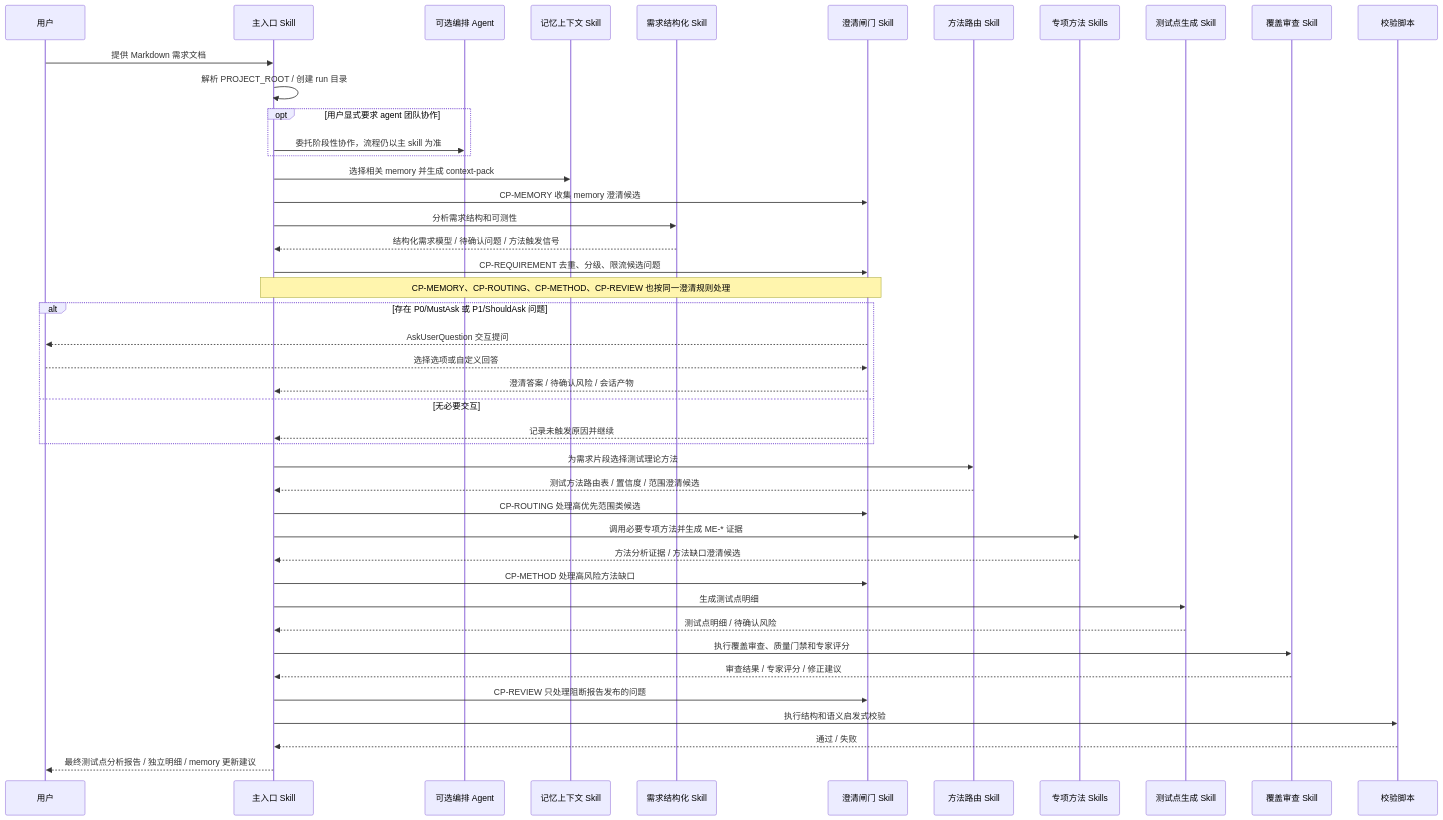
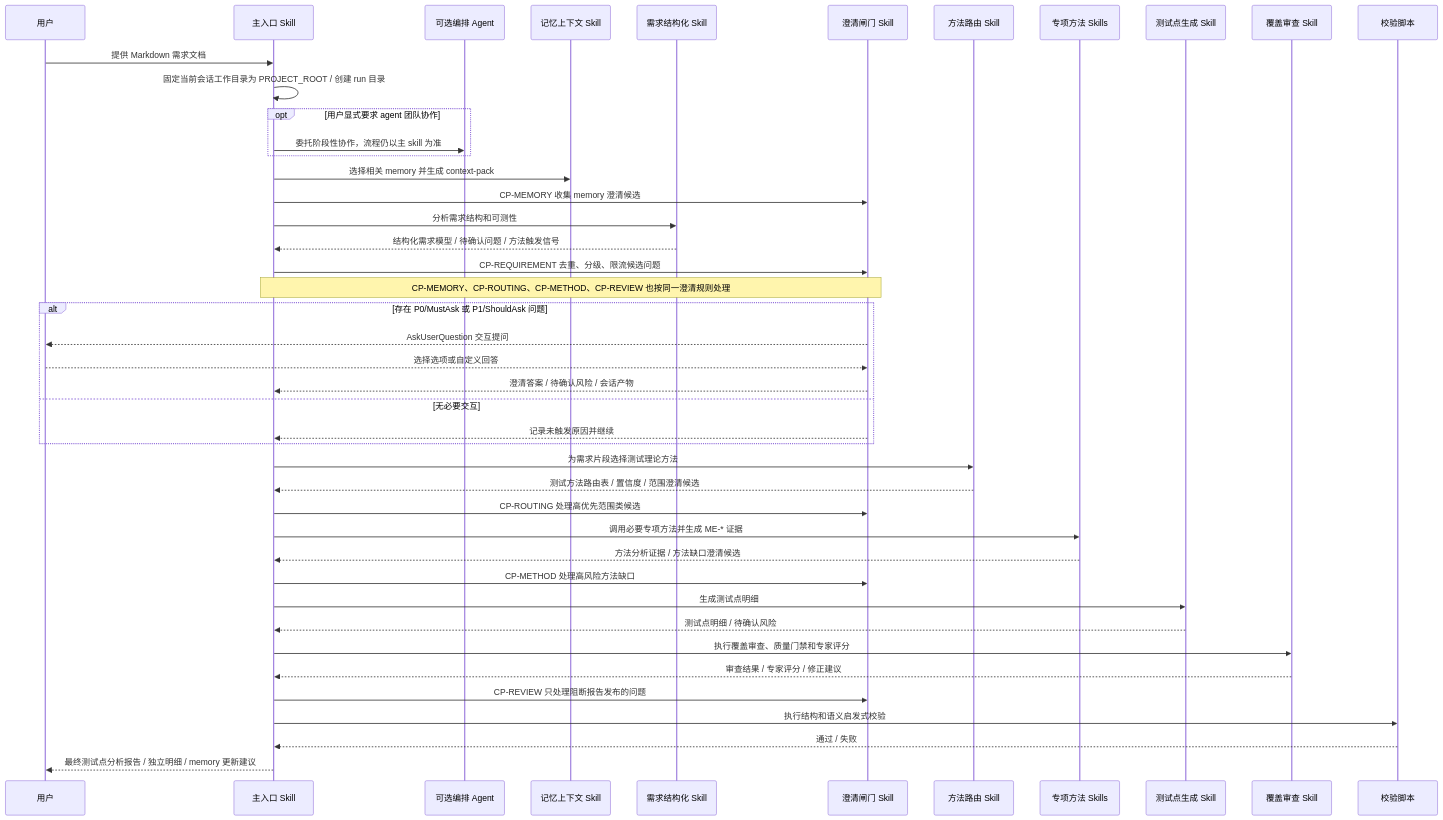
Before and after one commit to szluoqy-byte/Test-Analysis-Agent: the fourth of 8 diagrams in docs/test-analysis-agent-design.md, drawn with Mermaid. The commit also changed other lines of this file and 5 other files, not shown here.

Commit message:
fix: simplify project root resolution

````diff
--- a/docs/test-analysis-agent-design.md
+++ b/docs/test-analysis-agent-design.md
@@ -216,47 +216,47 @@
 ```mermaid
 sequenceDiagram
   participant U as 用户
   participant E as 主入口 Skill
   participant O as 可选编排 Agent
   participant M as 记忆上下文 Skill
   participant R as 需求结构化 Skill
   participant C as 澄清闸门 Skill
   participant T as 方法路由 Skill
   participant S as 专项方法 Skills
   participant G as 测试点生成 Skill
   participant Q as 覆盖审查 Skill
   participant L as 校验脚本
 
   U->>E: 提供 Markdown 需求文档
-  E->>E: 解析 PROJECT_ROOT / 创建 run 目录
+  E->>E: 固定当前会话工作目录为 PROJECT_ROOT / 创建 run 目录
   opt 用户显式要求 agent 团队协作
     E->>O: 委托阶段性协作，流程仍以主 skill 为准
   end
   E->>M: 选择相关 memory 并生成 context-pack
   E->>C: CP-MEMORY 收集 memory 澄清候选
   E->>R: 分析需求结构和可测性
   R-->>E: 结构化需求模型 / 待确认问题 / 方法触发信号
   E->>C: CP-REQUIREMENT 去重、分级、限流候选问题
   Note over E,C: CP-MEMORY、CP-ROUTING、CP-METHOD、CP-REVIEW 也按同一澄清规则处理
   alt 存在 P0/MustAsk 或 P1/ShouldAsk 问题
     C-->>U: AskUserQuestion 交互提问
     U-->>C: 选择选项或自定义回答
     C-->>E: 澄清答案 / 待确认风险 / 会话产物
   else 无必要交互
     C-->>E: 记录未触发原因并继续
   end
   E->>T: 为需求片段选择测试理论方法
   T-->>E: 测试方法路由表 / 置信度 / 范围澄清候选
   E->>C: CP-ROUTING 处理高优先范围类候选
   E->>S: 调用必要专项方法并生成 ME-* 证据
   S-->>E: 方法分析证据 / 方法缺口澄清候选
   E->>C: CP-METHOD 处理高风险方法缺口
   E->>G: 生成测试点明细
   G-->>E: 测试点明细 / 待确认风险
   E->>Q: 执行覆盖审查、质量门禁和专家评分
   Q-->>E: 审查结果 / 专家评分 / 修正建议
   E->>C: CP-REVIEW 只处理阻断报告发布的问题
   E->>L: 执行结构和语义启发式校验
   L-->>E: 通过 / 失败
   E-->>U: 最终测试点分析报告 / 独立明细 / memory 更新建议
 ```
````
